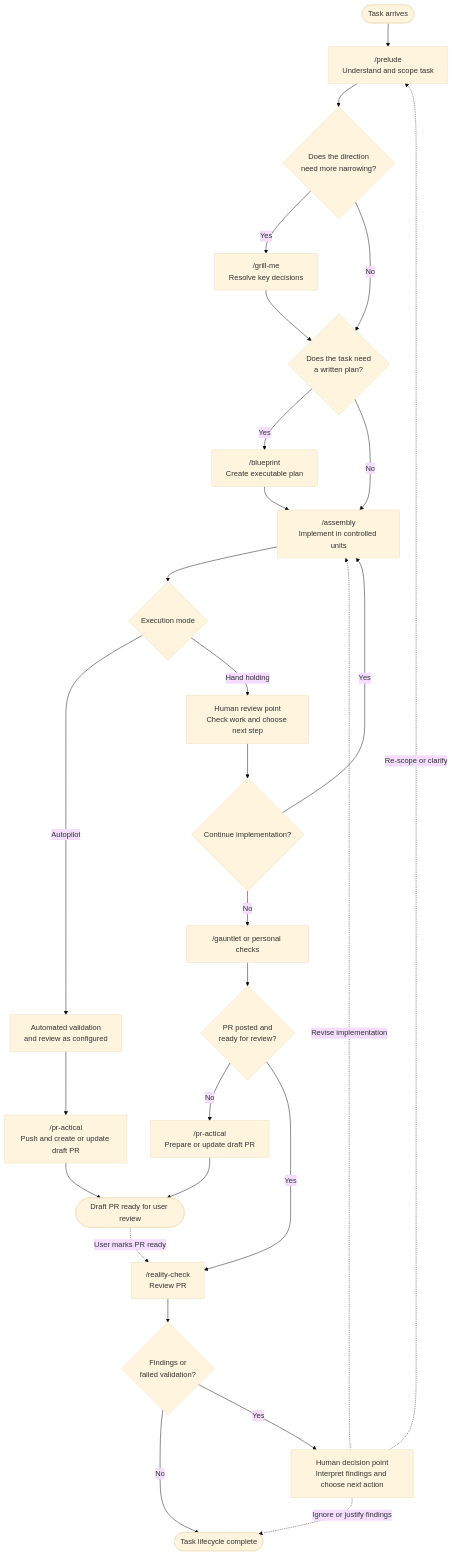
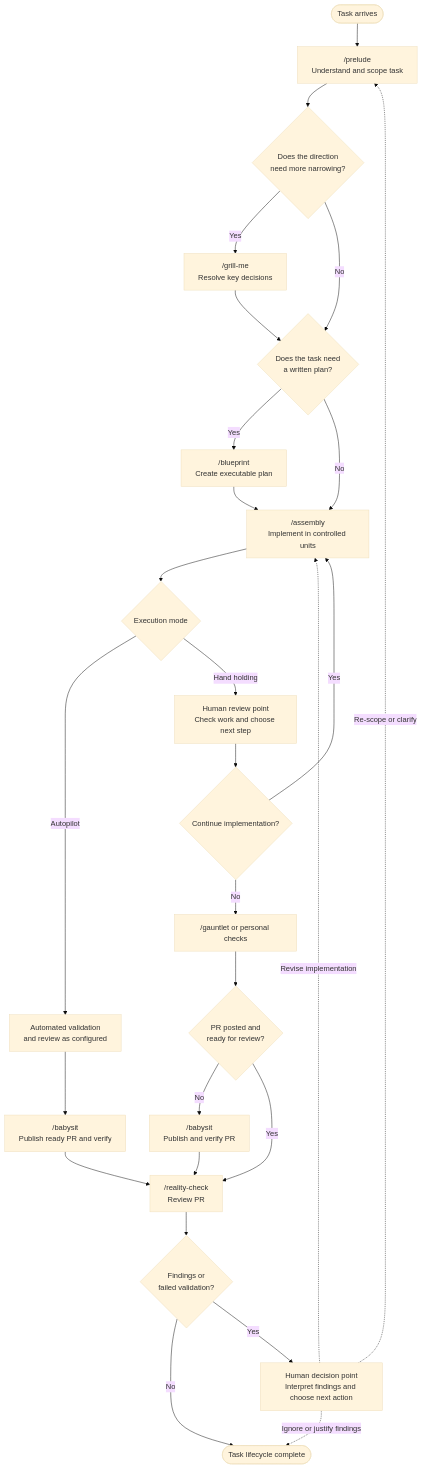
The diagram in docs/skills-lifecycle.md (laceyp99/skills), drawn with Mermaid (base theme) before and after one commit. The commit also changed other lines of this file and 9 other files, not shown here.

````diff
--- a/docs/skills-lifecycle.md
+++ b/docs/skills-lifecycle.md
@@ -5,36 +5,35 @@
 ```mermaid
 flowchart TD
     START([Task arrives]) --> PRELUDE["/prelude<br/>Understand and scope task"]
     PRELUDE --> NARROW{Does the direction<br/>need more narrowing?}
 
     NARROW -- Yes --> GRILL["/grill-me<br/>Resolve key decisions"]
     GRILL --> PLAN_DECISION
 
     NARROW -- No --> PLAN_DECISION{Does the task need<br/>a written plan?}
     PLAN_DECISION -- Yes --> BLUEPRINT["/blueprint<br/>Create executable plan"]
     PLAN_DECISION -- No --> ASSEMBLY["/assembly<br/>Implement in controlled units"]
     BLUEPRINT --> ASSEMBLY
 
     ASSEMBLY --> MODE{Execution mode}
     MODE -- Autopilot --> AUTO_VALIDATION[Automated validation<br/>and review as configured]
-    AUTO_VALIDATION --> PRACTICAL_AUTO["/pr-actical<br/>Push and create or update draft PR"]
+    AUTO_VALIDATION --> BABYSIT_AUTO["/babysit<br/>Publish ready PR and verify"]
 
     MODE -- Hand holding --> HUMAN[Human review point<br/>Check work and choose next step]
     HUMAN --> HAND_DECISION{Continue implementation?}
     HAND_DECISION -- Yes --> ASSEMBLY
     HAND_DECISION -- No --> HAND_REVIEW["/gauntlet or personal checks"]
     HAND_REVIEW --> POSTED{PR posted and<br/>ready for review?}
-    POSTED -- No --> PRACTICAL["/pr-actical<br/>Prepare or update draft PR"]
+    POSTED -- No --> BABYSIT["/babysit<br/>Publish and verify PR"]
     POSTED -- Yes --> REALITY["/reality-check<br/>Review PR"]
 
-    PRACTICAL --> DRAFT([Draft PR ready for user review])
-    PRACTICAL_AUTO --> DRAFT
-    DRAFT -. User marks PR ready .-> REALITY
+    BABYSIT --> REALITY
+    BABYSIT_AUTO --> REALITY
     REALITY --> FINDINGS{Findings or<br/>failed validation?}
 
     FINDINGS -- No --> DONE([Task lifecycle complete])
     FINDINGS -- Yes --> DECISION[Human decision point<br/>Interpret findings and choose next action]
     DECISION -. Re-scope or clarify .-> PRELUDE
     DECISION -. Revise implementation .-> ASSEMBLY
     DECISION -. Ignore or justify findings .-> DONE
 ```
````
